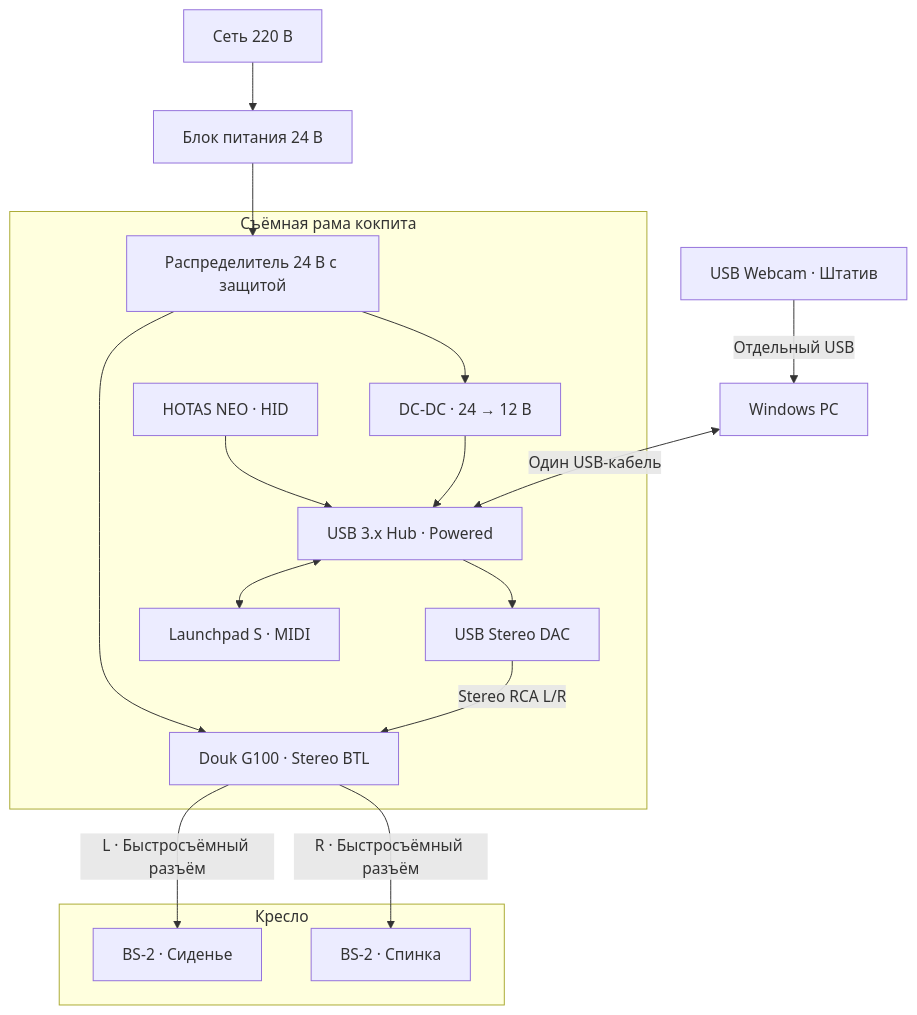
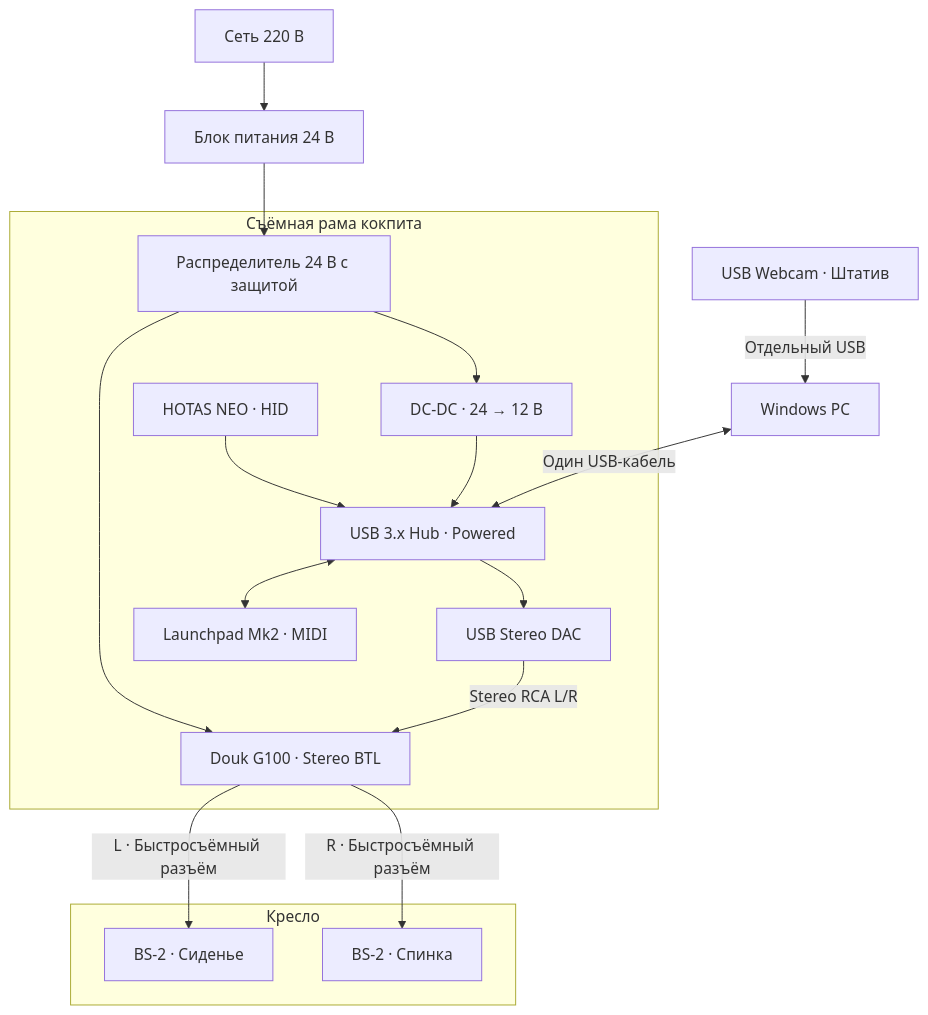
Before and after one commit to VoidDruid/homepit: the first of 2 diagrams in info/OVERVIEW.md, drawn with Mermaid. The commit also changed other lines of this file and 7 other files, not shown here.

````diff
--- a/info/OVERVIEW.md
+++ b/info/OVERVIEW.md
@@ -21,27 +21,27 @@
 ```mermaid
 flowchart TB
     WALL["Сеть 220 В"] --> PSU["Блок питания 24 В"]
     PSU --> DIST["Распределитель 24 В с защитой"]
 
     subgraph FRAME["Съёмная рама кокпита"]
         DIST --> AMP["Douk G100 · Stereo BTL"]
         DIST --> DC["DC-DC · 24 → 12 В"]
         DC --> HUB["USB 3.x Hub · Powered"]
         HOTAS["HOTAS NEO · HID"] --> HUB
-        HUB <--> LP["Launchpad S · MIDI"]
+        HUB <--> LP["Launchpad Mk2 · MIDI"]
         HUB --> DAC["USB Stereo DAC"]
         DAC -->|"Stereo RCA L/R"| AMP
     end
 
     PC["Windows PC"] <-->|"Один USB-кабель"| HUB
 
     subgraph CHAIR["Кресло"]
         S1["BS-2 · Сиденье"]
         S2["BS-2 · Спинка"]
     end
 
     AMP -->|"L · Быстросъёмный разъём"| S1
     AMP -->|"R · Быстросъёмный разъём"| S2
 
     CAM["USB Webcam · Штатив"] -->|"Отдельный USB"| PC
 ```
````
